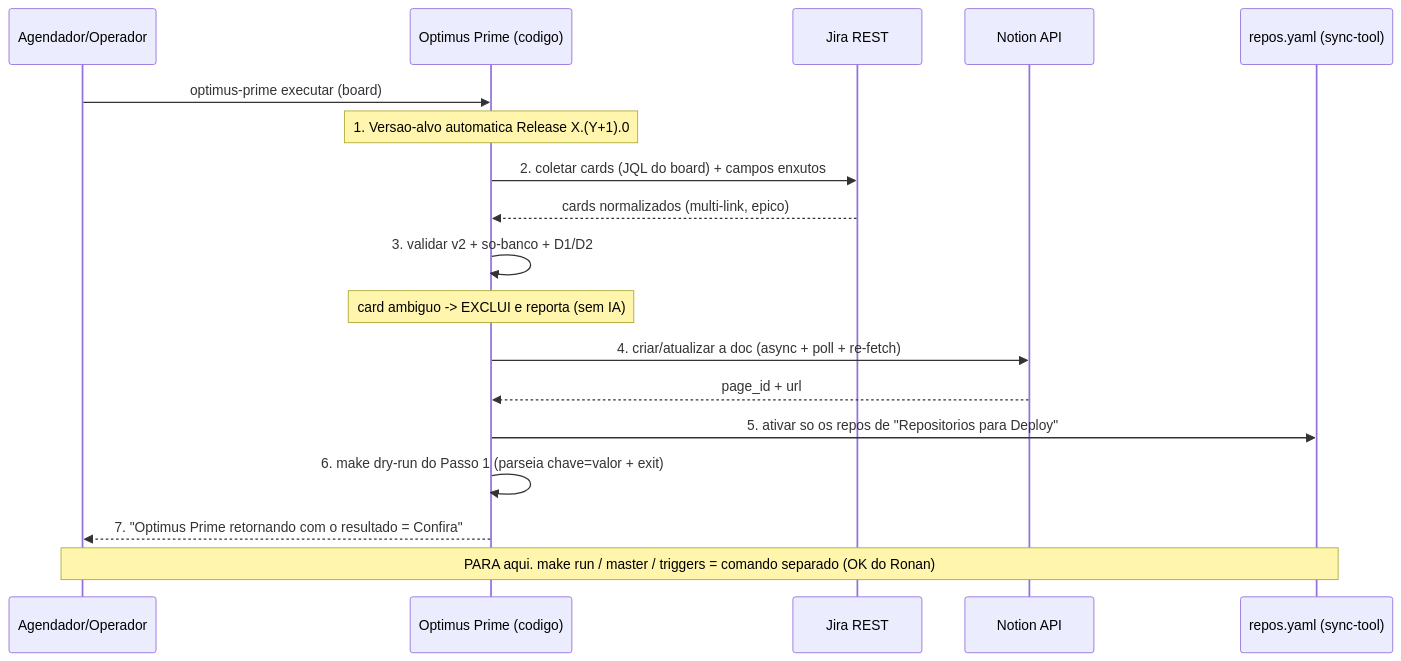
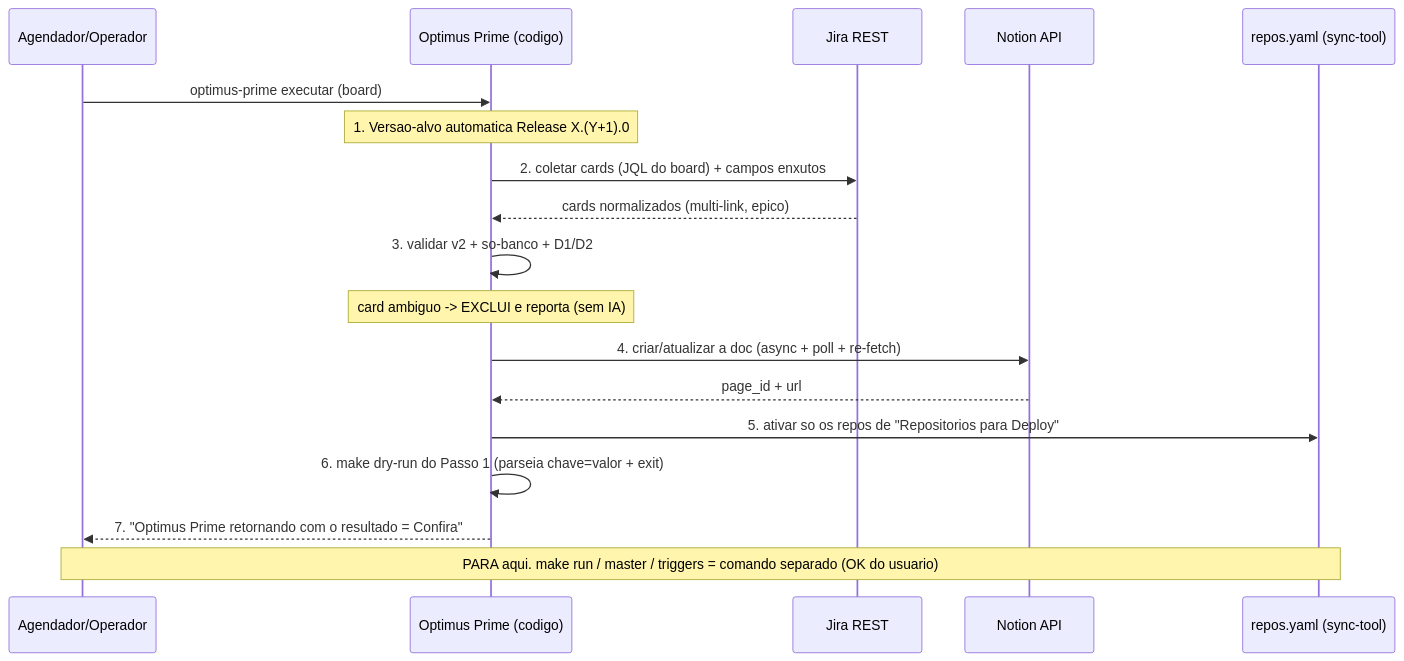
Before and after one commit to BertoRcsb/workflow-automation-management: the diagram in docs/pipeline-autonomo/diagramas/D3-fluxo-esteira.mmd, drawn with Mermaid. The commit also changed 57 other files, not shown here.

First line of the commit message:
docs: replace approver name with 'usuário' and restyle all diagrams

```diff
--- a/docs/pipeline-autonomo/diagramas/D3-fluxo-esteira.mmd
+++ b/docs/pipeline-autonomo/diagramas/D3-fluxo-esteira.mmd
@@ -1,18 +1,18 @@
 sequenceDiagram
     participant S as Agendador/Operador
     participant O as Optimus Prime (codigo)
     participant J as Jira REST
     participant N as Notion API
     participant Y as repos.yaml (sync-tool)
     S->>O: optimus-prime executar (board)
     Note over O: 1. Versao-alvo automatica Release X.(Y+1).0
     O->>J: 2. coletar cards (JQL do board) + campos enxutos
     J-->>O: cards normalizados (multi-link, epico)
     O->>O: 3. validar v2 + so-banco + D1/D2
     Note over O: card ambiguo -> EXCLUI e reporta (sem IA)
     O->>N: 4. criar/atualizar a doc (async + poll + re-fetch)
     N-->>O: page_id + url
     O->>Y: 5. ativar so os repos de "Repositorios para Deploy"
     O->>O: 6. make dry-run do Passo 1 (parseia chave=valor + exit)
     O-->>S: 7. "Optimus Prime retornando com o resultado = Confira"
-    Note over S,Y: PARA aqui. make run / master / triggers = comando separado (OK do Ronan)
+    Note over S,Y: PARA aqui. make run / master / triggers = comando separado (OK do usuario)
```
